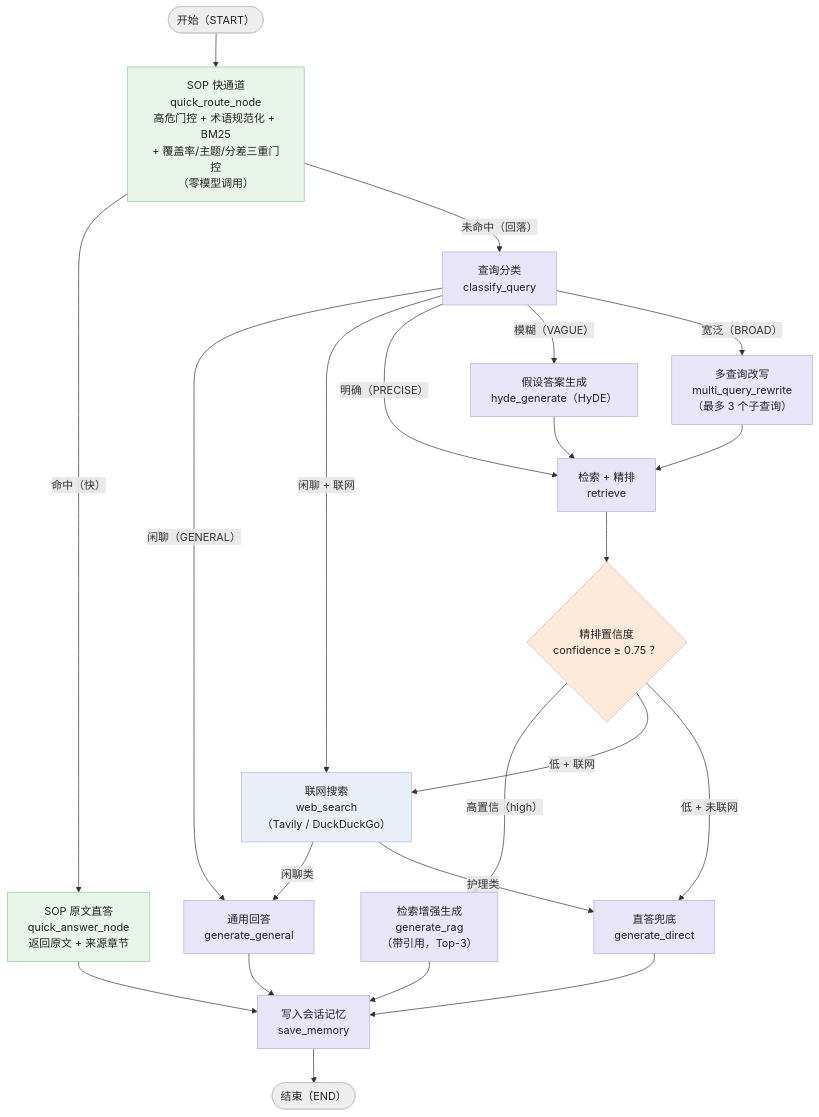
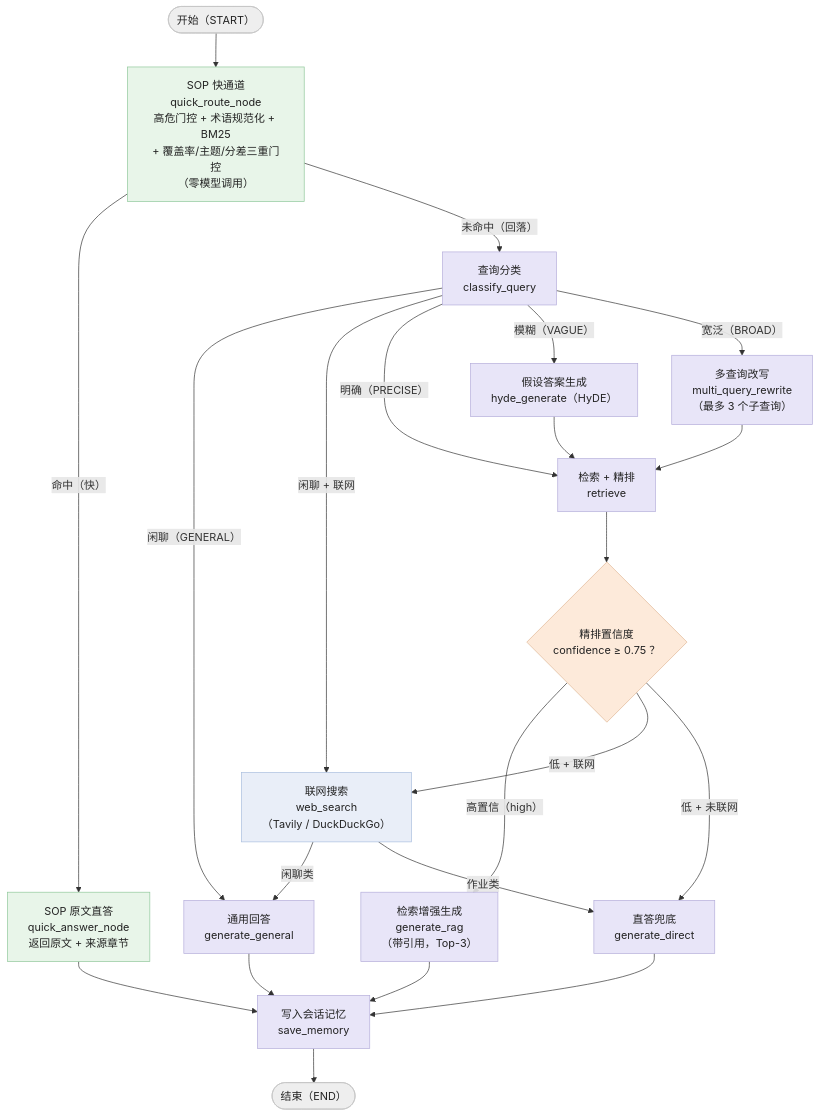
The fourth of 13 diagrams in 文档/架构流程图.md (sysyan321-alt/fieldops-agent), drawn with Mermaid before and after one commit. The commit also changed other lines of this file and 109 other files, not shown here.

````diff
--- a/文档/架构流程图.md
+++ b/文档/架构流程图.md
@@ -211,40 +211,40 @@
 ```mermaid
 flowchart TD
     S(["开始（START）"]) --> QK["SOP 快通道<br/>quick_route_node<br/>高危门控 + 术语规范化 + BM25<br/>+ 覆盖率/主题/分差三重门控<br/>（零模型调用）"]
 
     QK -->|"命中（快）"| QKA["SOP 原文直答<br/>quick_answer_node<br/>返回原文 + 来源章节"]
     QK -->|"未命中（回落）"| CLS["查询分类<br/>classify_query"]
 
     CLS -->|"闲聊（GENERAL）"| GEN["通用回答<br/>generate_general"]
     CLS -->|"闲聊 + 联网"| WEB["联网搜索<br/>web_search<br/>（Tavily / DuckDuckGo）"]
     CLS -->|"明确（PRECISE）"| RET["检索 + 精排<br/>retrieve"]
     CLS -->|"模糊（VAGUE）"| HYDE["假设答案生成<br/>hyde_generate（HyDE）"]
     CLS -->|"宽泛（BROAD）"| MQ["多查询改写<br/>multi_query_rewrite<br/>（最多 3 个子查询）"]
 
     HYDE --> RET
     MQ --> RET
 
     RET --> Q1{"精排置信度<br/>confidence ≥ 0.75 ？"}
     Q1 -->|"高置信（high）"| RAG["检索增强生成<br/>generate_rag<br/>（带引用，Top-3）"]
     Q1 -->|"低 + 联网"| WEB
     Q1 -->|"低 + 未联网"| DIRECT["直答兜底<br/>generate_direct"]
 
     RAG --> MEM["写入会话记忆<br/>save_memory"]
     QKA --> MEM
     GEN --> MEM
     DIRECT --> MEM
     WEB -->|"闲聊类"| GEN
-    WEB -->|"护理类"| DIRECT
+    WEB -->|"作业类"| DIRECT
     MEM --> E(["结束（END）"])
 
     classDef proc fill:#e8e5f8,stroke:#b4adda,color:#232323
     classDef decision fill:#fdeada,stroke:#e0b795,color:#232323
     classDef ext fill:#e9eef8,stroke:#a9bede,color:#232323
     classDef term fill:#eeeeee,stroke:#c4c4c4,color:#232323
     classDef fast fill:#e8f5e9,stroke:#8fc79a,color:#232323
     class CLS,GEN,RET,HYDE,MQ,RAG,DIRECT,MEM proc
     class QK,QKA fast
     class Q1 decision
     class WEB ext
     class S,E term
 ```
````
